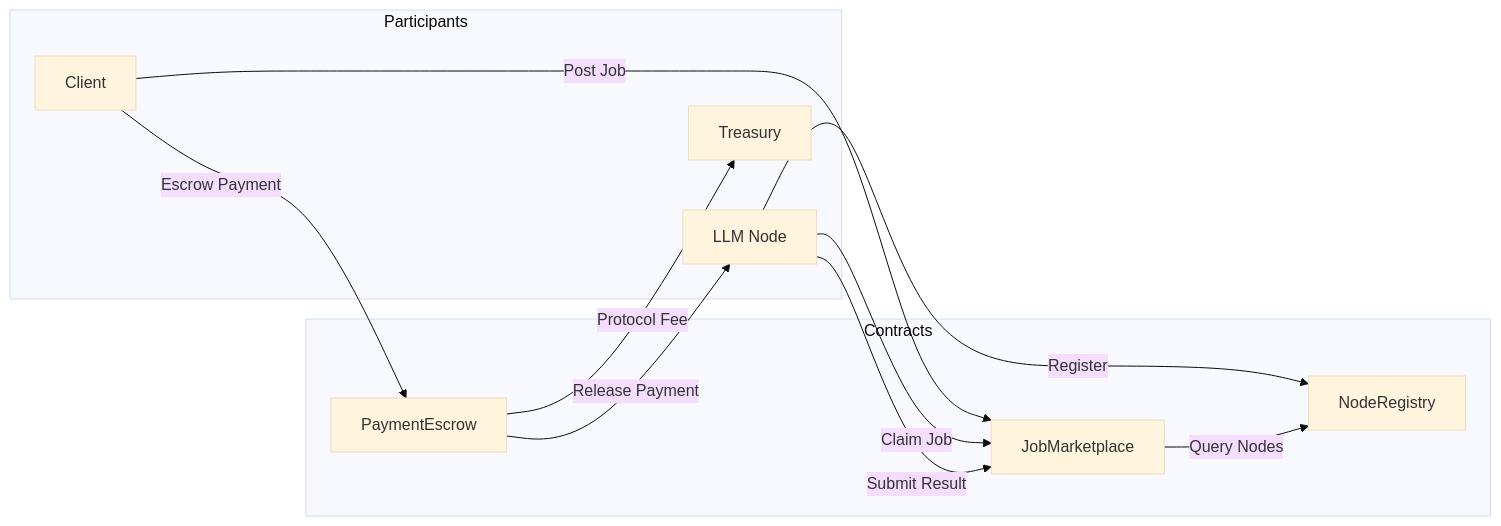
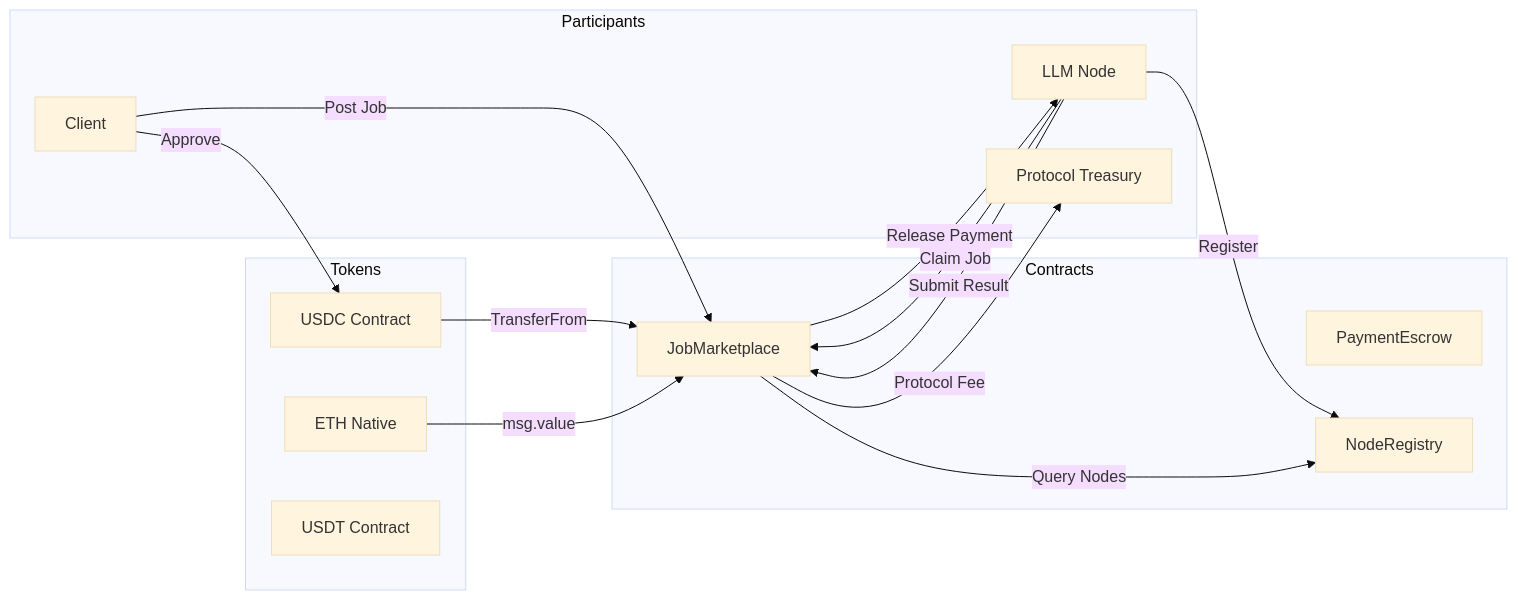
The eighth of 9 diagrams in docs/ARCHITECTURE.md (Fabstir/fabstir-llm-sdk), drawn with Mermaid (base theme) before and after one commit. The commit also changed other lines of this file and 5 other files, not shown here.

````diff
--- a/docs/ARCHITECTURE.md
+++ b/docs/ARCHITECTURE.md
@@ -304,23 +419,31 @@
 ```mermaid
 graph LR
     subgraph Contracts
         JM[JobMarketplace]
         PE[PaymentEscrow]
         NR[NodeRegistry]
     end
     
+    subgraph Tokens
+        ETH[ETH Native]
+        USDC[USDC Contract]
+        USDT[USDT Contract]
+    end
+    
     subgraph Participants
         CLIENT[Client]
         NODE[LLM Node]
-        TREASURY[Treasury]
+        TREASURY[Protocol Treasury]
     end
     
     CLIENT -->|Post Job| JM
-    CLIENT -->|Escrow Payment| PE
+    CLIENT -->|Approve| USDC
+    USDC -->|TransferFrom| JM
+    ETH -->|msg.value| JM
     NODE -->|Register| NR
     NODE -->|Claim Job| JM
     NODE -->|Submit Result| JM
-    PE -->|Release Payment| NODE
-    PE -->|Protocol Fee| TREASURY
+    JM -->|Release Payment| NODE
+    JM -->|Protocol Fee| TREASURY
     JM -->|Query Nodes| NR
 ```
````
